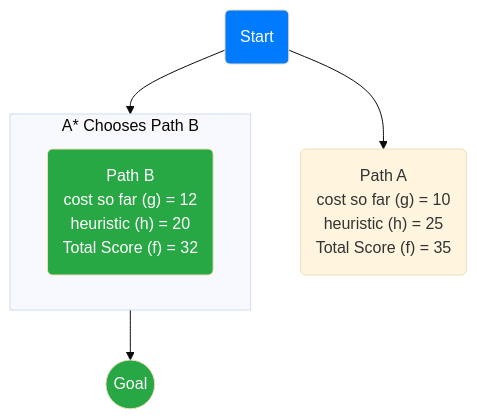
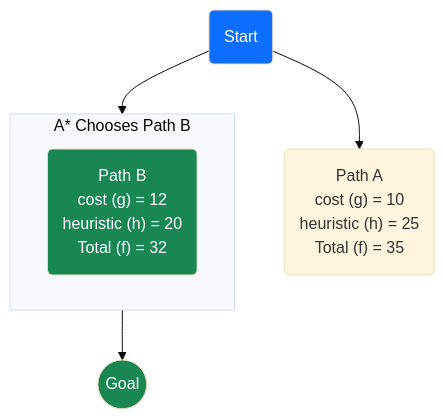
The second of 4 diagrams in _posts/2025-08-08-ai-search-algorithms-a-z.md (eltay89/eltay89.github.io), drawn with Mermaid (base theme) before and after one commit. The commit also changed other lines of this file, not shown here.

````diff
--- a/_posts/2025-08-08-ai-search-algorithms-a-z.md
+++ b/_posts/2025-08-08-ai-search-algorithms-a-z.md
@@ -114,17 +114,17 @@
 ```mermaid
 graph TD
-    S(Start) --> A("Path A <br> cost so far (g) = 10 <br> heuristic (h) = 25 <br> Total Score (f) = 35");
-    S --> B("Path B <br> cost so far (g) = 12 <br> heuristic (h) = 20 <br> Total Score (f) = 32");
+    S(Start) --> A("Path A <br> cost (g) = 10 <br> heuristic (h) = 25 <br> Total (f) = 35");
+    S --> B("Path B <br> cost (g) = 12 <br> heuristic (h) = 20 <br> Total (f) = 32");
 
     B --> Goal((Goal));
 
     subgraph "A* Chooses Path B"
         direction LR
         B
     end
     
-    style S fill:#007bff,color:#fff
-    style B fill:#28a745,color:#fff;
-    classDef goal fill:#28a745,color:#fff;
+    style S fill:#0d6efd,color:white
+    style B fill:#198754,color:white;
+    classDef goal fill:#198754,color:white;
     class Goal goal;
 ```
````
